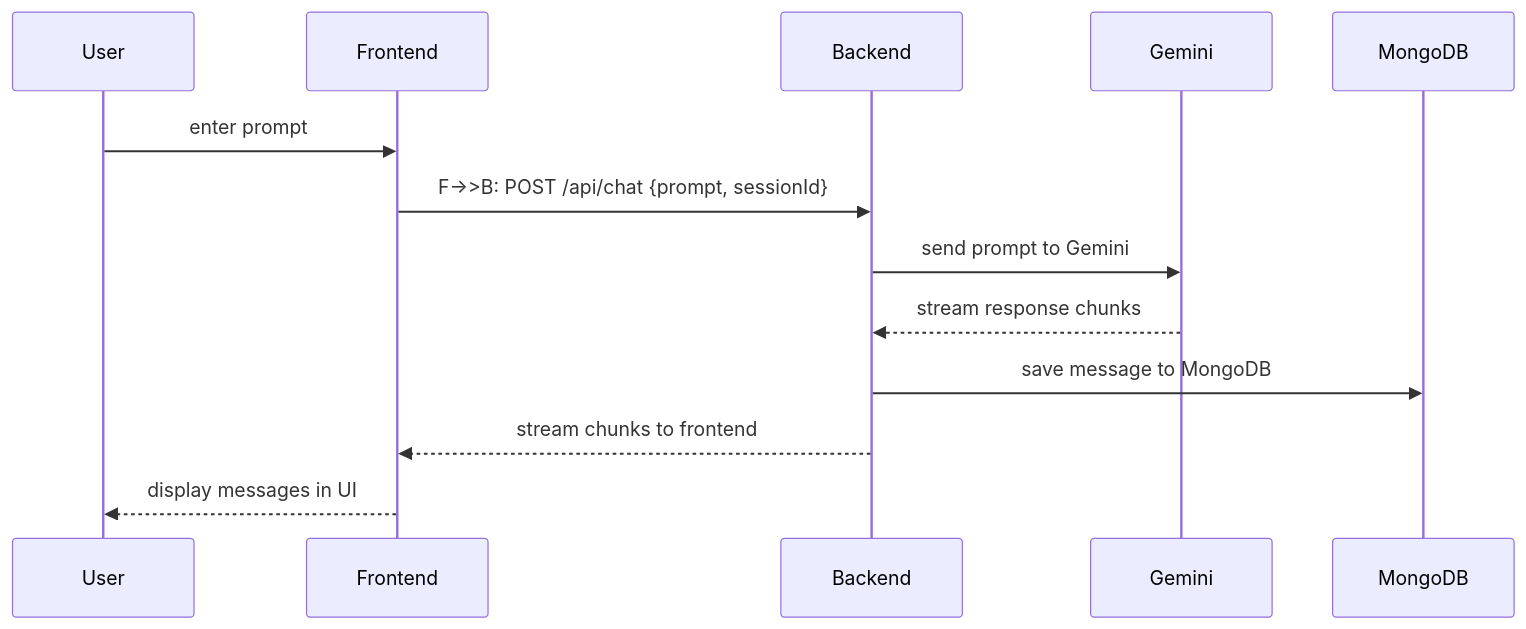
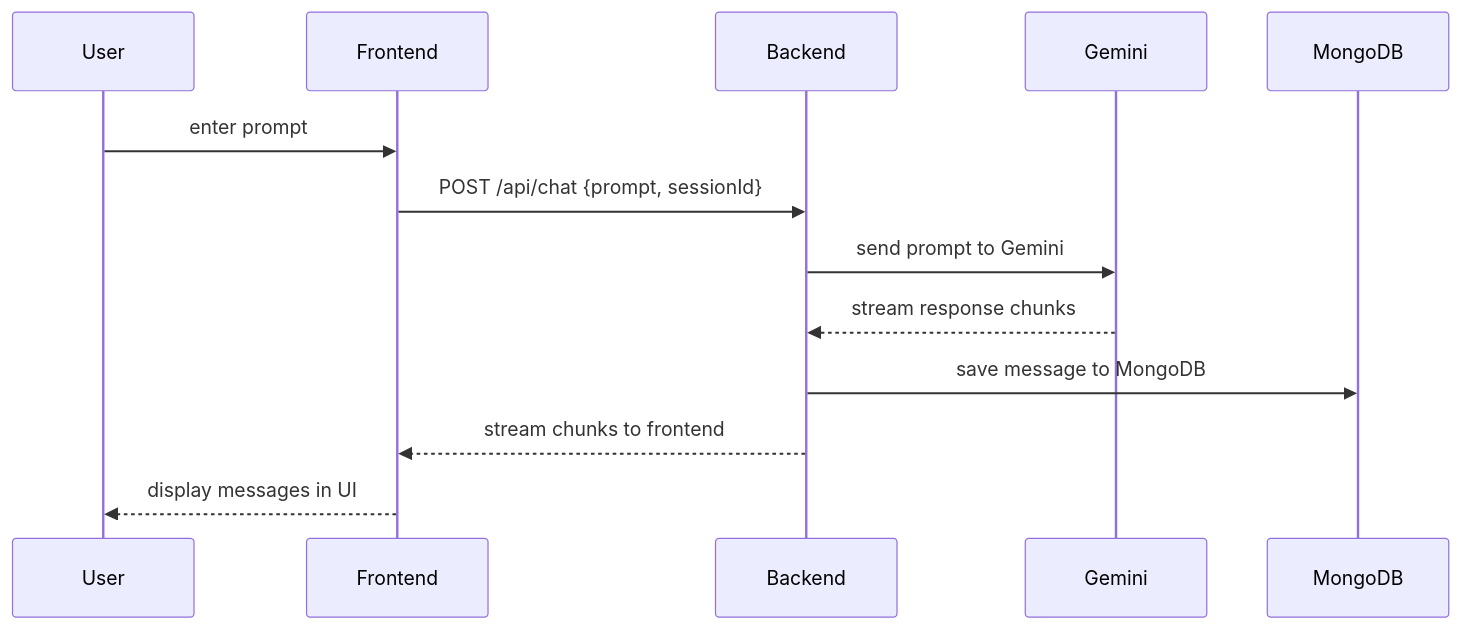
One commit to AnupamKumar-1/cogniG changed the second of 2 diagrams in README.md. Above: the diagram before and after it, drawn with Mermaid.

Commit message:
Readme Update

````diff
--- a/README.md
+++ b/README.md
@@ -36,16 +36,16 @@
 ```mermaid
 sequenceDiagram
   participant U as User
   participant F as Frontend
   participant B as Backend
   participant G as Gemini
   participant M as MongoDB
 
   U->>F: enter prompt
-  F->>B: F->>B: POST /api/chat {prompt, sessionId}
+  F->>B: POST /api/chat {prompt, sessionId}
   B->>G: send prompt to Gemini
   G-->>B: stream response chunks
   B->>M: save message to MongoDB
   B-->>F: stream chunks to frontend
   F-->>U: display messages in UI
 ```
````
